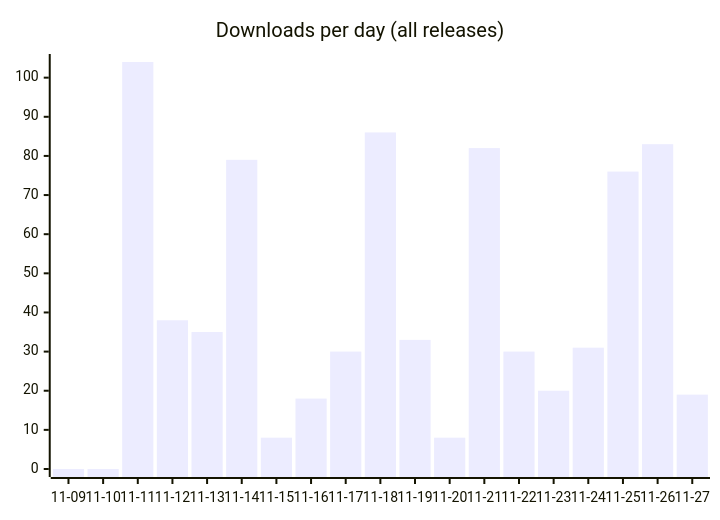
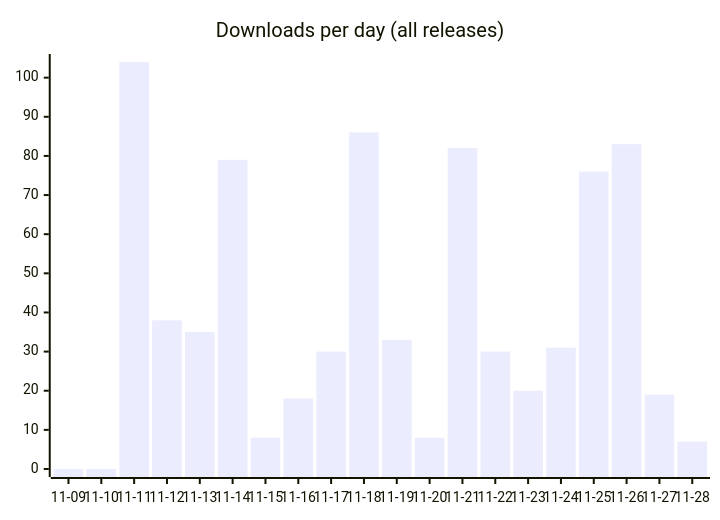
One commit to fmadore/Kalamu changed the first of 2 diagrams in README.md. Above: the diagram before and after it, drawn with Mermaid. The commit also changed other lines of this file and 3 other files, not shown here.

````diff
--- a/README.md
+++ b/README.md
@@ -50,6 +50,6 @@
 ```mermaid
 xychart-beta
     title "Downloads per day (all releases)"
-    x-axis ["11-09", "11-10", "11-11", "11-12", "11-13", "11-14", "11-15", "11-16", "11-17", "11-18", "11-19", "11-20", "11-21", "11-22", "11-23", "11-24", "11-25", "11-26", "11-27"]
-    bar [0, 0, 104, 38, 35, 79, 8, 18, 30, 86, 33, 8, 82, 30, 20, 31, 76, 83, 19]
+    x-axis ["11-09", "11-10", "11-11", "11-12", "11-13", "11-14", "11-15", "11-16", "11-17", "11-18", "11-19", "11-20", "11-21", "11-22", "11-23", "11-24", "11-25", "11-26", "11-27", "11-28"]
+    bar [0, 0, 104, 38, 35, 79, 8, 18, 30, 86, 33, 8, 82, 30, 20, 31, 76, 83, 19, 7]
 ```
````
